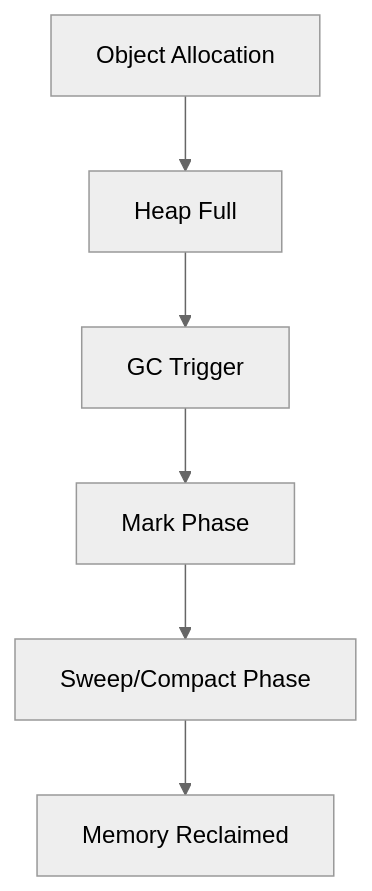
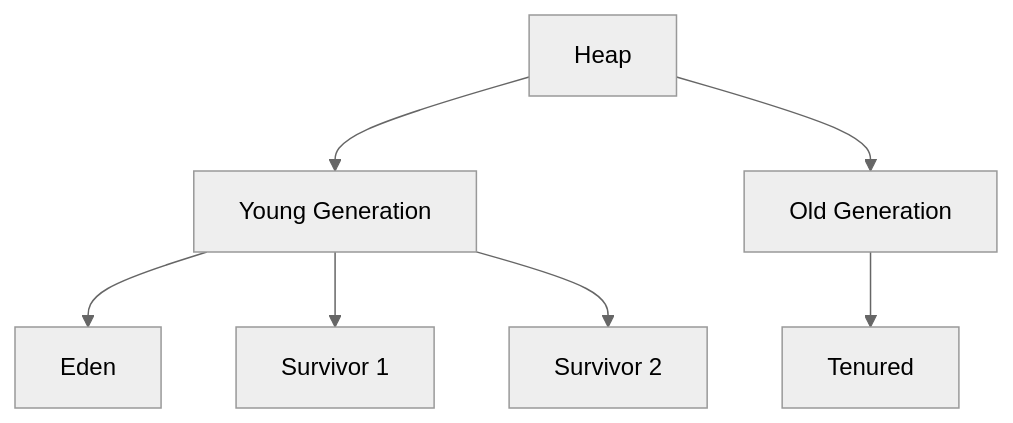
Before and after one commit to VrushankPatel/interview-matters: the diagram in garbage-collection-algorithms/README.md, drawn with Mermaid (neutral theme). The commit also changed other lines of this file and 8 other files, not shown here.

````diff
--- a/garbage-collection-algorithms/README.md
+++ b/garbage-collection-algorithms/README.md
@@ -45,8 +27,9 @@
 ```mermaid
 graph TD
-    A[Object Allocation] --> B[Heap Full]
-    B --> C[GC Trigger]
-    C --> D[Mark Phase]
-    D --> E[Sweep/Compact Phase]
-    E --> F[Memory Reclaimed]
+    A[Heap] --> B[Young Generation]
+    A --> C[Old Generation]
+    B --> D[Eden]
+    B --> E[Survivor 1]
+    B --> F[Survivor 2]
+    C --> G[Tenured]
 ```
````
